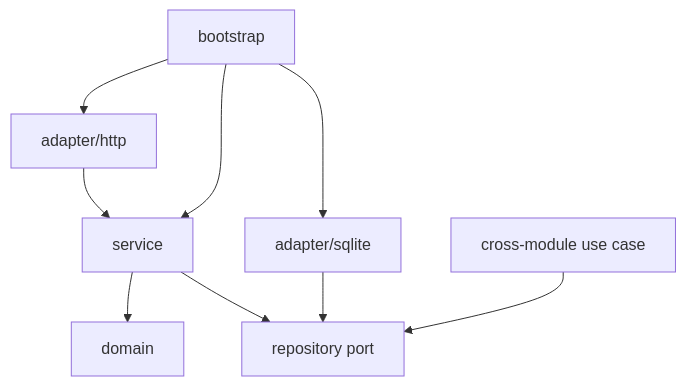
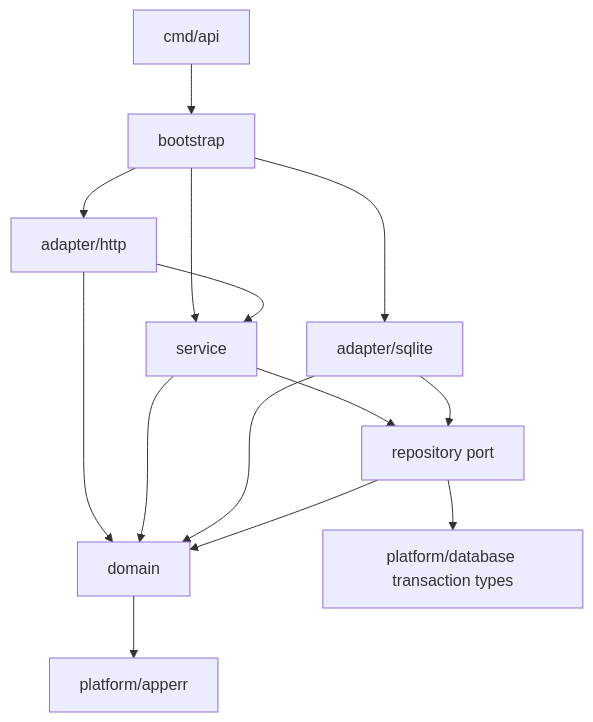
The diagram in docs/patterns/architecture.md (larb26656/my-feed), drawn with Mermaid before and after one commit. The commit also changed other lines of this file and 15 other files, not shown here.

Commit message:
docs(backend): codify architecture and implementation patterns

````diff
--- a/docs/patterns/architecture.md
+++ b/docs/patterns/architecture.md
@@ -13,11 +11,16 @@
 ```mermaid
-flowchart TB
-  HTTP[adapter/http] --> SVC[service]
-  SVC --> DOM[domain]
-  SVC --> PORT[repository port]
-  DB[adapter/sqlite] --> PORT
-  BOOT[bootstrap] --> HTTP
-  BOOT --> SVC
-  BOOT --> DB
-  XMOD[cross-module use case] --> PORT
+flowchart TD
+    CMD["cmd/api"] --> BOOT["bootstrap"]
+    BOOT --> HTTP["adapter/http"]
+    BOOT --> SERVICE["service"]
+    BOOT --> SQLITE["adapter/sqlite"]
+    HTTP --> SERVICE
+    HTTP --> DOMAIN["domain"]
+    SERVICE --> DOMAIN
+    SERVICE --> REPO["repository port"]
+    SQLITE --> REPO
+    SQLITE --> DOMAIN
+    REPO --> DOMAIN
+    REPO --> TX["platform/database transaction types"]
+    DOMAIN --> ERR["platform/apperr"]
 ```
````
